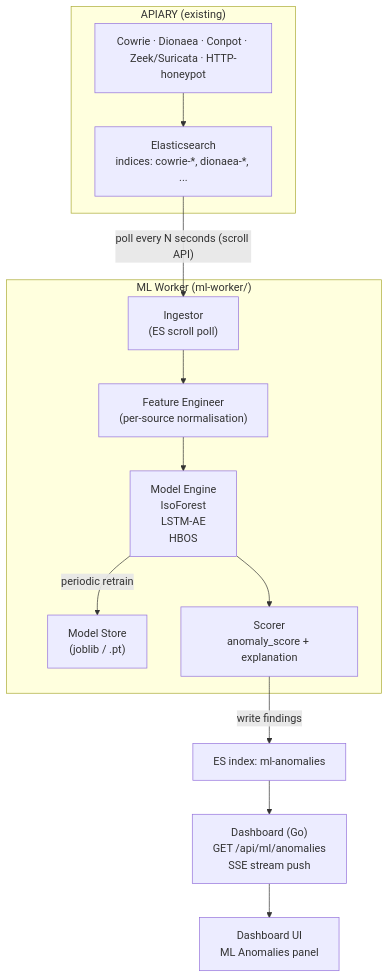
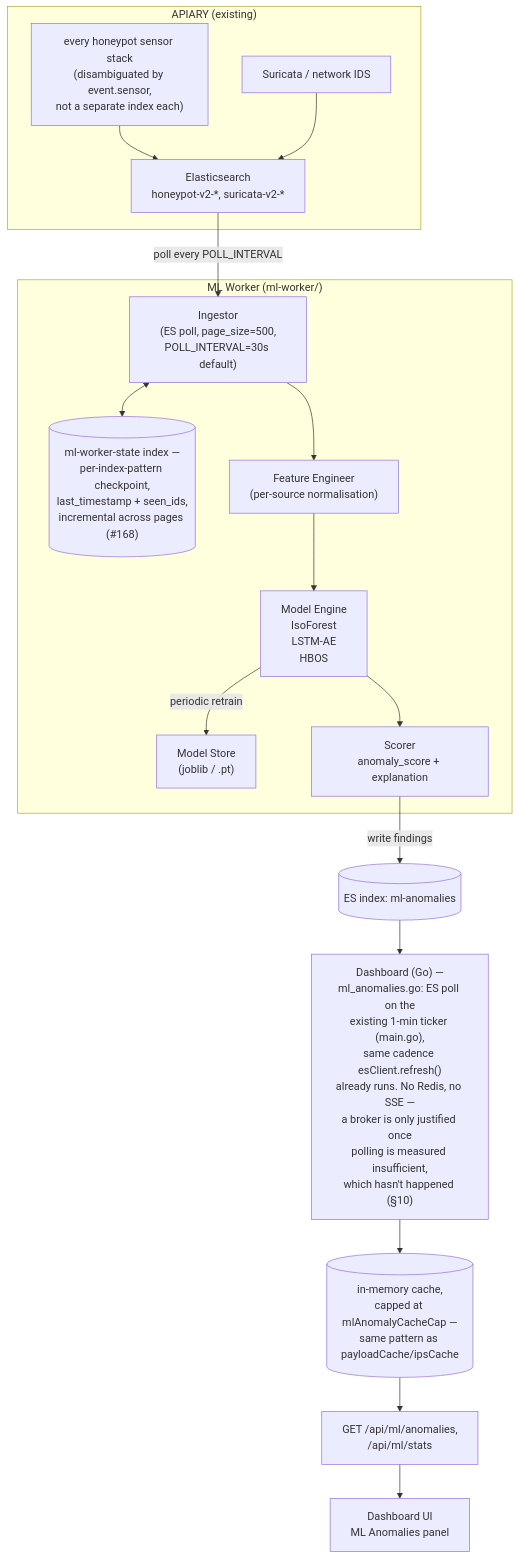
One commit to Xore/APIARY changed the diagram in docs/ml-worker-plan.md. Above: the diagram before and after it, drawn with Mermaid. The commit also changed other lines of this file, not shown here.

````diff
--- a/docs/ml-worker-plan.md
+++ b/docs/ml-worker-plan.md
@@ -94,28 +106,34 @@
 ```mermaid
 flowchart TD
     subgraph Stack["APIARY (existing)"]
-        Sensors["Cowrie · Dionaea · Conpot · Zeek/Suricata · HTTP-honeypot"]
-        ES["Elasticsearch<br/>indices: cowrie-*, dionaea-*, ..."]
+        Sensors["every honeypot sensor stack<br/>(disambiguated by event.sensor,<br/>not a separate index each)"]
+        Suricata["Suricata / network IDS"]
+        ES["Elasticsearch<br/>honeypot-v2-*, suricata-v2-*"]
         Sensors --> ES
+        Suricata --> ES
     end
 
     subgraph Worker["ML Worker (ml-worker/)"]
-        Ingestor["Ingestor<br/>(ES scroll poll)"]
+        Ingestor["Ingestor<br/>(ES poll, page_size=500,<br/>POLL_INTERVAL=30s default)"]
+        Checkpoint[("ml-worker-state index —<br/>per-index-pattern checkpoint,<br/>last_timestamp + seen_ids,<br/>incremental across pages (#168)")]
         FeatureEng["Feature Engineer<br/>(per-source normalisation)"]
         ModelEngine["Model Engine<br/>IsoForest<br/>LSTM-AE<br/>HBOS"]
         ModelStore["Model Store<br/>(joblib / .pt)"]
         Scorer["Scorer<br/>anomaly_score + explanation"]
 
+        Ingestor <--> Checkpoint
         Ingestor --> FeatureEng --> ModelEngine
         ModelEngine -->|periodic retrain| ModelStore
         ModelEngine --> Scorer
     end
 
-    MLIndex["ES index: ml-anomalies"]
-    DashboardGo["Dashboard (Go)<br/>GET /api/ml/anomalies<br/>SSE stream push"]
+    MLIndex[("ES index: ml-anomalies")]
+    DashboardGo["Dashboard (Go) —<br/>ml_anomalies.go: ES poll on the<br/>existing 1-min ticker (main.go),<br/>same cadence esClient.refresh()<br/>already runs. No Redis, no SSE —<br/>a broker is only justified once<br/>polling is measured insufficient,<br/>which hasn't happened (§10)"]
+    DashboardCache[("in-memory cache,<br/>capped at mlAnomalyCacheCap —<br/>same pattern as payloadCache/ipsCache")]
+    DashboardAPI["GET /api/ml/anomalies,<br/>/api/ml/stats"]
     DashboardUI["Dashboard UI<br/>ML Anomalies panel"]
 
-    ES -->|"poll every N seconds (scroll API)"| Ingestor
+    ES -->|"poll every POLL_INTERVAL"| Ingestor
     Scorer -->|write findings| MLIndex
-    MLIndex --> DashboardGo --> DashboardUI
+    MLIndex --> DashboardGo --> DashboardCache --> DashboardAPI --> DashboardUI
 ```
````
